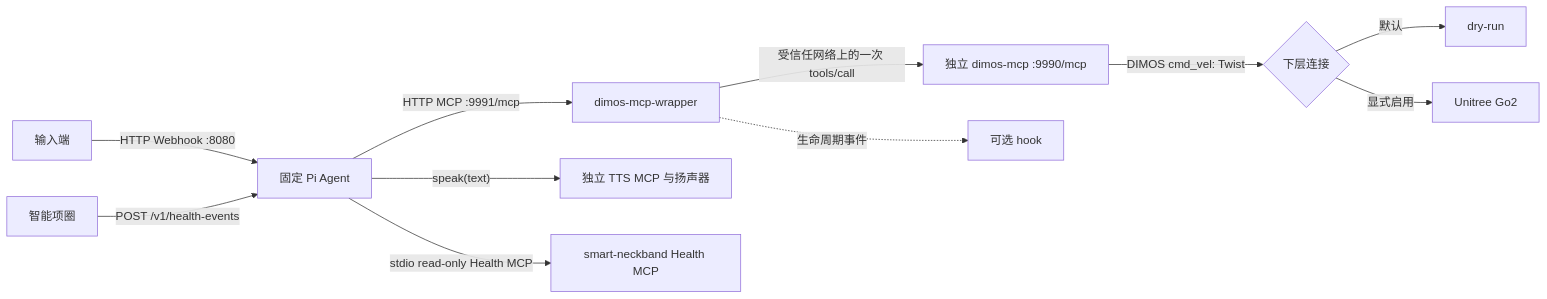
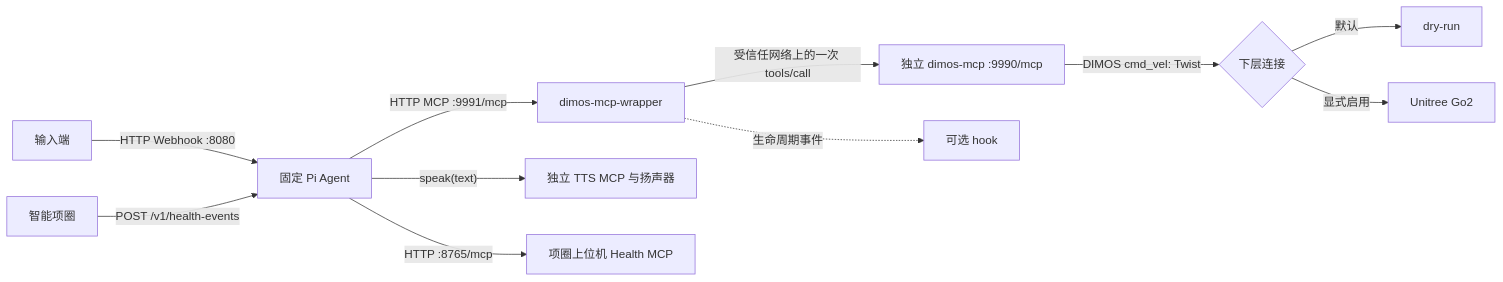
The diagram in USAGE.md (J9HSON/agent), drawn with Mermaid before and after one commit. The commit also changed other lines of this file and 10 other files, not shown here.

First line of the commit message:
Health: use Streamable HTTP MCP transport

```diff
--- a/USAGE.md
+++ b/USAGE.md
@@ -13,13 +13,13 @@
 ~~~mermaid
 flowchart LR
     I["输入端"] -->|HTTP Webhook :8080| A["固定 Pi Agent"]
     A -->|HTTP MCP :9991/mcp| W["dimos-mcp-wrapper"]
     W -->|"受信任网络上的一次 tools/call"| D["独立 dimos-mcp :9990/mcp"]
     D -->|DIMOS cmd_vel: Twist| C{"下层连接"}
     C -->|默认| R["dry-run"]
     C -->|显式启用| G["Unitree Go2"]
     W -. 生命周期事件 .-> K["可选 hook"]
     A -->|"speak(text)"| O["独立 TTS MCP 与扬声器"]
     H["智能项圈"] -->|"POST /v1/health-events"| A
-    A -->|"stdio read-only Health MCP"| M["smart-neckband Health MCP"]
+    A -->|"HTTP :8765/mcp"| M["项圈上位机 Health MCP"]
 ~~~
```
